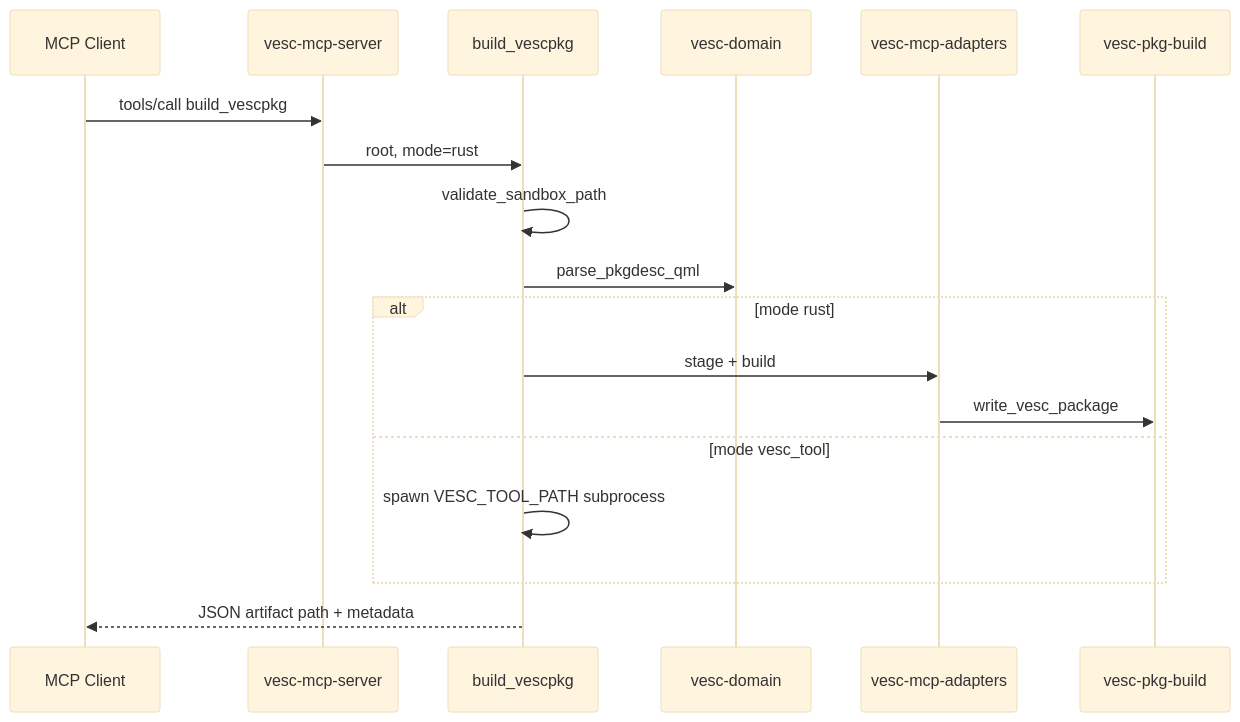
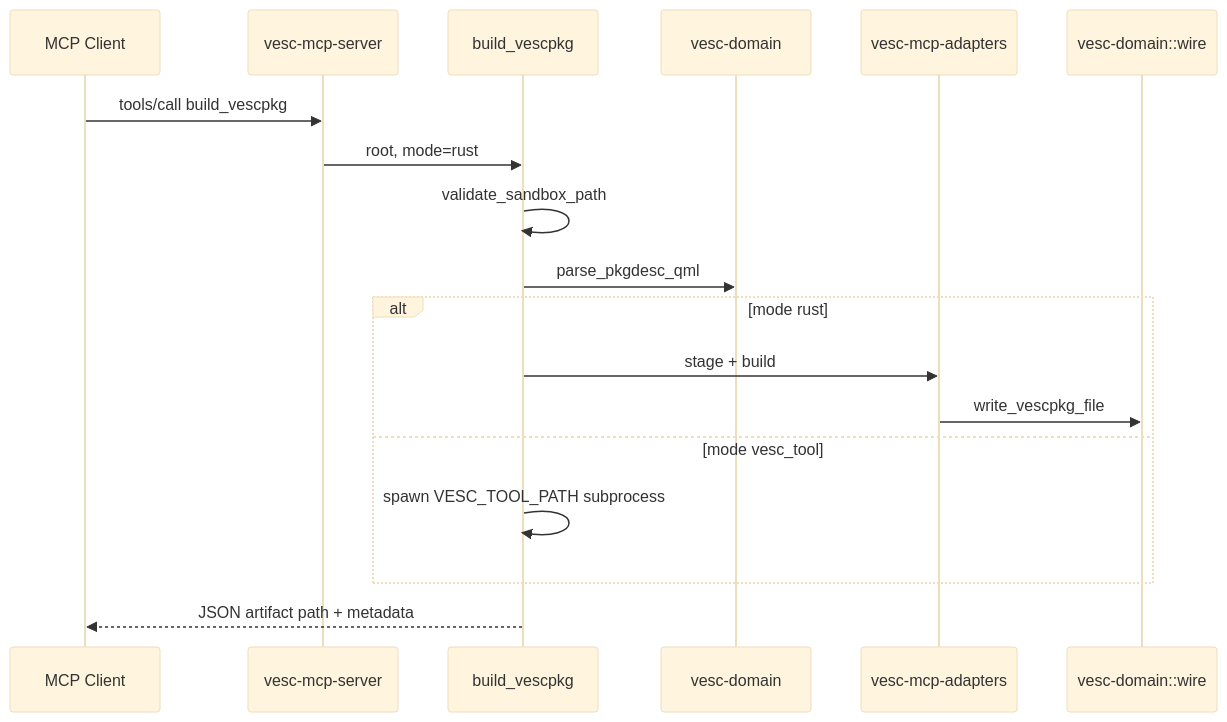
The second of 2 diagrams in docs/architecture.md (mjc/vesc-mcp), drawn with Mermaid (base theme) before and after one commit. The commit also changed other lines of this file and 10 other files, not shown here.

First line of the commit message:
refactor(adapters): drop vesc-rust-poc path dep; use domain writer

````diff
--- a/docs/architecture.md
+++ b/docs/architecture.md
@@ -69,21 +68,21 @@
 ```mermaid
 sequenceDiagram
   participant C as MCP Client
   participant S as vesc-mcp-server
   participant T as build_vescpkg
   participant D as vesc-domain
   participant A as vesc-mcp-adapters
-  participant P as vesc-pkg-build
+  participant W as vesc-domain::wire
 
   C->>S: tools/call build_vescpkg
   S->>T: root, mode=rust
   T->>T: validate_sandbox_path
   T->>D: parse_pkgdesc_qml
   alt mode rust
     T->>A: stage + build
-    A->>P: write_vesc_package
+    A->>W: write_vescpkg_file
   else mode vesc_tool
     T->>T: spawn VESC_TOOL_PATH subprocess
   end
   T-->>C: JSON artifact path + metadata
 ```
````
